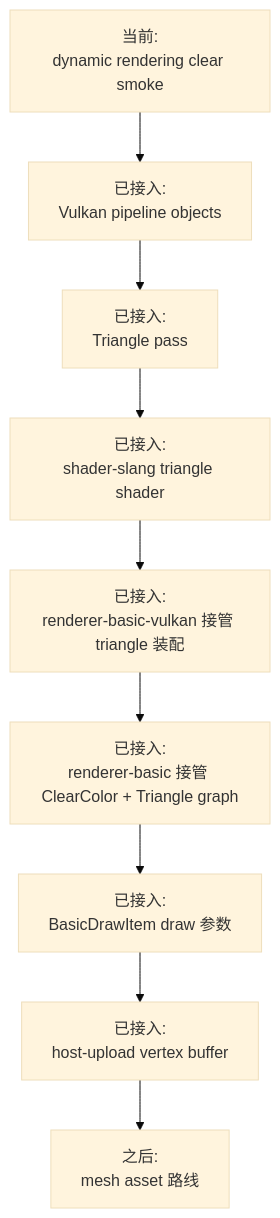
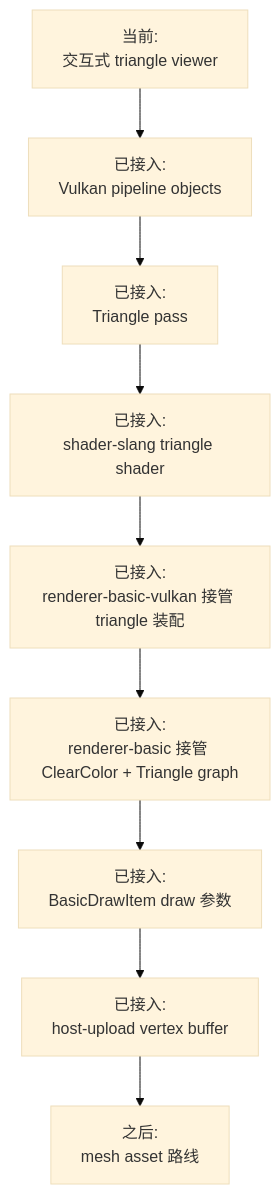
One commit to 66six11/Engine changed the ninth of 9 diagrams in docs/flow-architecture.md. Above: the diagram before and after it, drawn with Mermaid (base theme). The commit also changed other lines of this file and 2 other files, not shown here.

Commit message:
docs: record interactive resize validation

````diff
--- a/docs/flow-architecture.md
+++ b/docs/flow-architecture.md
@@ -265,14 +266,14 @@
 ```mermaid
 flowchart TD
-    Now["当前:<br/>dynamic rendering clear smoke"]
+    Now["当前:<br/>交互式 triangle viewer"]
     Step1["已接入:<br/>Vulkan pipeline objects"]
     Step2["已接入:<br/>Triangle pass"]
     Step3["已接入:<br/>shader-slang triangle shader"]
     Step4["已接入:<br/>renderer-basic-vulkan 接管 triangle 装配"]
     Step5["已接入:<br/>renderer-basic 接管 ClearColor + Triangle graph"]
     Step6["已接入:<br/>BasicDrawItem draw 参数"]
     Step7["已接入:<br/>host-upload vertex buffer"]
     Step8["之后:<br/>mesh asset 路线"]
 
     Now --> Step1 --> Step2 --> Step3 --> Step4 --> Step5 --> Step6 --> Step7 --> Step8
 ```
````
